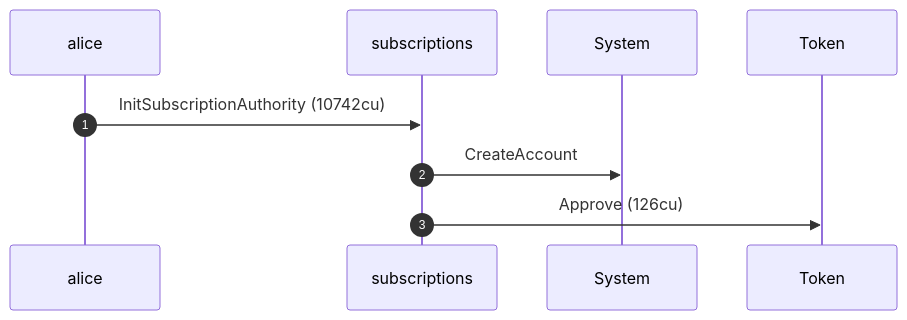
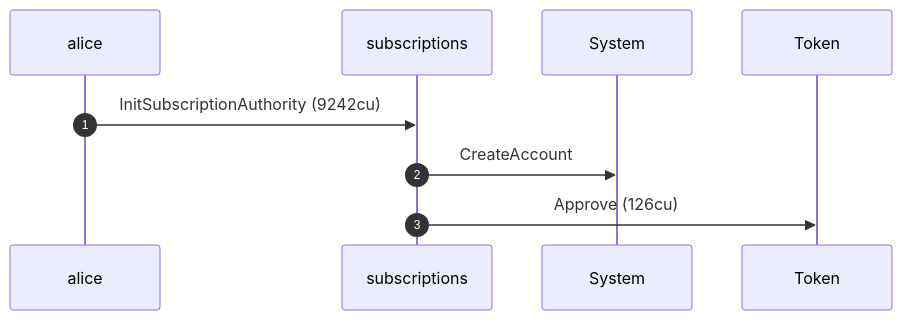
Before and after one commit to cds-rs/subscriptions: the first of 8 diagrams in dsl_tests/transfer-subscription--a-non-whitelisted-destination-is-refused.md, drawn with Mermaid. The commit also changed other lines of this file and 224 other files, not shown here.

````diff
--- a/dsl_tests/transfer-subscription--a-non-whitelisted-destination-is-refused.md
+++ b/dsl_tests/transfer-subscription--a-non-whitelisted-destination-is-refused.md
@@ -24,11 +25,11 @@
 ```mermaid
 sequenceDiagram
     autonumber
     participant alice
     participant subscriptions
     participant System
     participant Token
-    alice ->> subscriptions: InitSubscriptionAuthority (10742cu)
+    alice ->> subscriptions: InitSubscriptionAuthority (9242cu)
     subscriptions ->> System: CreateAccount
     subscriptions ->> Token: Approve (126cu)
 ```
````
